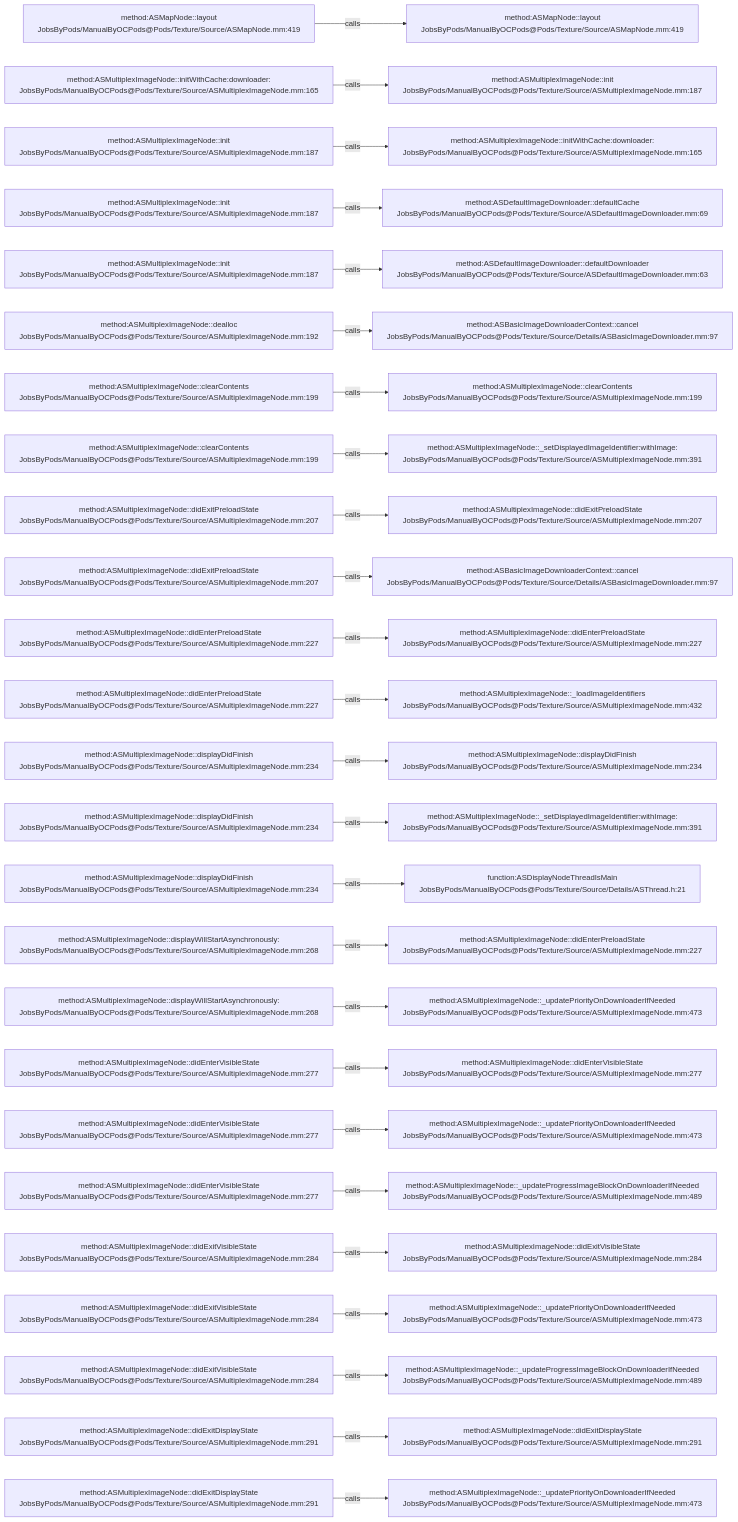
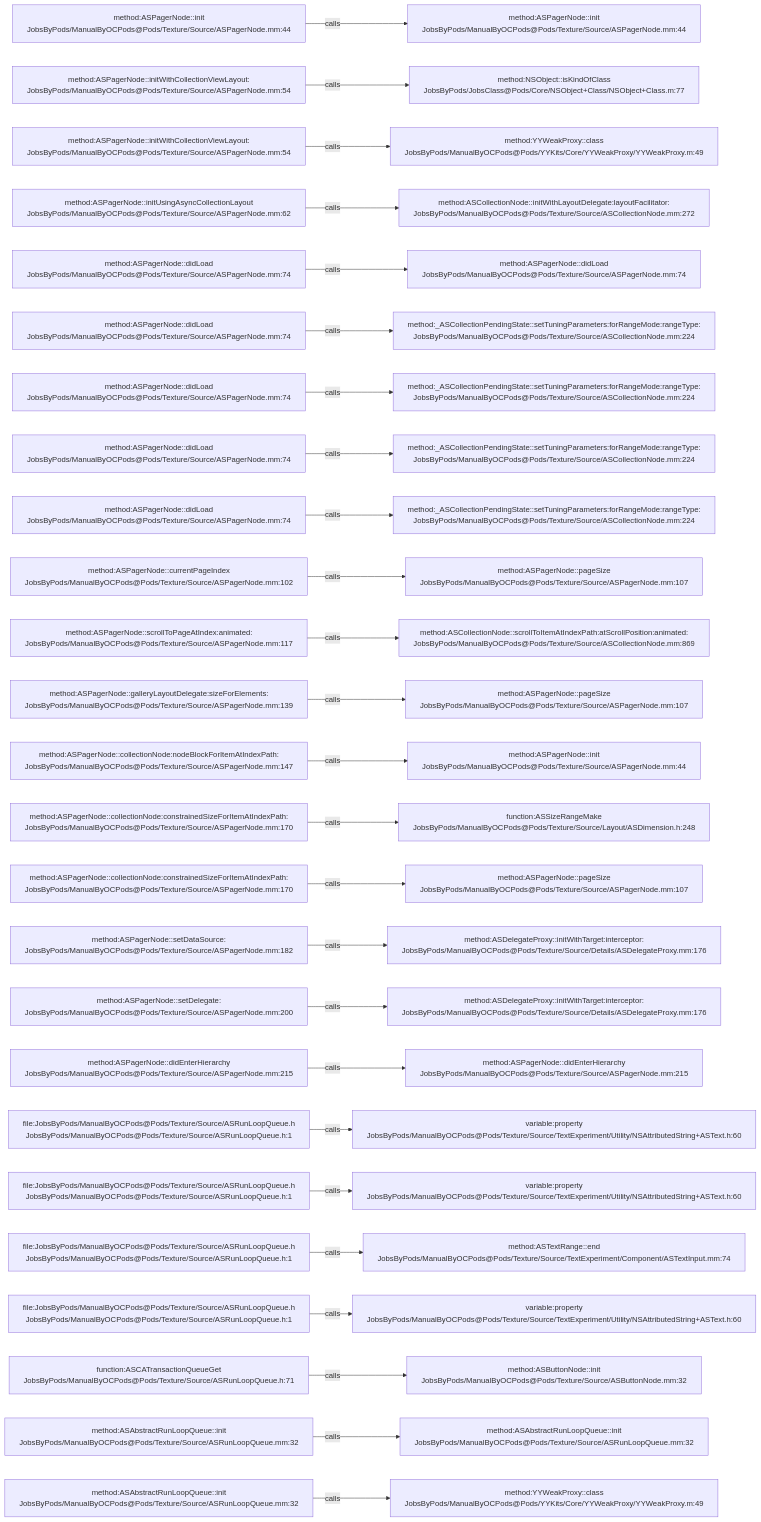
Before and after one commit to JobsKits/JobsOCBaseConfigDemo: the diagram in .codegraph/codegraph.md/graphs/calls-112.md, drawn with Mermaid. The commit also changed 1448 other files, not shown here.

````diff
--- a/.codegraph/codegraph.md/graphs/calls-112.md
+++ b/.codegraph/codegraph.md/graphs/calls-112.md
@@ -13,78 +13,78 @@
 ```mermaid
 flowchart LR
-  S1["method:ASMapNode::layout<br/>JobsByPods/ManualByOCPods@Pods/Texture/Source/ASMapNode.mm:419"]
-  T1["method:ASMapNode::layout<br/>JobsByPods/ManualByOCPods@Pods/Texture/Source/ASMapNode.mm:419"]
+  S1["method:ASPagerNode::init<br/>JobsByPods/ManualByOCPods@Pods/Texture/Source/ASPagerNode.mm:44"]
+  T1["method:ASPagerNode::init<br/>JobsByPods/ManualByOCPods@Pods/Texture/Source/ASPagerNode.mm:44"]
   S1 -->|calls| T1
-  S2["method:ASMultiplexImageNode::initWithCache:downloader:<br/>JobsByPods/ManualByOCPods@Pods/Texture/Source/ASMultiplexImageNode.mm:165"]
-  T2["method:ASMultiplexImageNode::init<br/>JobsByPods/ManualByOCPods@Pods/Texture/Source/ASMultiplexImageNode.mm:187"]
+  S2["method:ASPagerNode::initWithCollectionViewLayout:<br/>JobsByPods/ManualByOCPods@Pods/Texture/Source/ASPagerNode.mm:54"]
+  T2["method:NSObject::isKindOfClass<br/>JobsByPods/JobsClass@Pods/Core/NSObject+Class/NSObject+Class.m:77"]
   S2 -->|calls| T2
-  S3["method:ASMultiplexImageNode::init<br/>JobsByPods/ManualByOCPods@Pods/Texture/Source/ASMultiplexImageNode.mm:187"]
-  T3["method:ASMultiplexImageNode::initWithCache:downloader:<br/>JobsByPods/ManualByOCPods@Pods/Texture/Source/ASMultiplexImageNode.mm:165"]
+  S3["method:ASPagerNode::initWithCollectionViewLayout:<br/>JobsByPods/ManualByOCPods@Pods/Texture/Source/ASPagerNode.mm:54"]
+  T3["method:YYWeakProxy::class<br/>JobsByPods/ManualByOCPods@Pods/YYKits/Core/YYWeakProxy/YYWeakProxy.m:49"]
   S3 -->|calls| T3
-  S4["method:ASMultiplexImageNode::init<br/>JobsByPods/ManualByOCPods@Pods/Texture/Source/ASMultiplexImageNode.mm:187"]
-  T4["method:ASDefaultImageDownloader::defaultCache<br/>JobsByPods/ManualByOCPods@Pods/Texture/Source/ASDefaultImageDownloader.mm:69"]
+  S4["method:ASPagerNode::initUsingAsyncCollectionLayout<br/>JobsByPods/ManualByOCPods@Pods/Texture/Source/ASPagerNode.mm:62"]
+  T4["method:ASCollectionNode::initWithLayoutDelegate:layoutFacilitator:<br/>JobsByPods/ManualByOCPods@Pods/Texture/Source/ASCollectionNode.mm:272"]
   S4 -->|calls| T4
-  S5["method:ASMultiplexImageNode::init<br/>JobsByPods/ManualByOCPods@Pods/Texture/Source/ASMultiplexImageNode.mm:187"]
-  T5["method:ASDefaultImageDownloader::defaultDownloader<br/>JobsByPods/ManualByOCPods@Pods/Texture/Source/ASDefaultImageDownloader.mm:63"]
+  S5["method:ASPagerNode::didLoad<br/>JobsByPods/ManualByOCPods@Pods/Texture/Source/ASPagerNode.mm:74"]
+  T5["method:ASPagerNode::didLoad<br/>JobsByPods/ManualByOCPods@Pods/Texture/Source/ASPagerNode.mm:74"]
   S5 -->|calls| T5
-  S6["method:ASMultiplexImageNode::dealloc<br/>JobsByPods/ManualByOCPods@Pods/Texture/Source/ASMultiplexImageNode.mm:192"]
-  T6["method:ASBasicImageDownloaderContext::cancel<br/>JobsByPods/ManualByOCPods@Pods/Texture/Source/Details/ASBasicImageDownloader.mm:97"]
+  S6["method:ASPagerNode::didLoad<br/>JobsByPods/ManualByOCPods@Pods/Texture/Source/ASPagerNode.mm:74"]
+  T6["method:_ASCollectionPendingState::setTuningParameters:forRangeMode:rangeType:<br/>JobsByPods/ManualByOCPods@Pods/Texture/Source/ASCollectionNode.mm:224"]
   S6 -->|calls| T6
-  S7["method:ASMultiplexImageNode::clearContents<br/>JobsByPods/ManualByOCPods@Pods/Texture/Source/ASMultiplexImageNode.mm:199"]
-  T7["method:ASMultiplexImageNode::clearContents<br/>JobsByPods/ManualByOCPods@Pods/Texture/Source/ASMultiplexImageNode.mm:199"]
+  S7["method:ASPagerNode::didLoad<br/>JobsByPods/ManualByOCPods@Pods/Texture/Source/ASPagerNode.mm:74"]
+  T7["method:_ASCollectionPendingState::setTuningParameters:forRangeMode:rangeType:<br/>JobsByPods/ManualByOCPods@Pods/Texture/Source/ASCollectionNode.mm:224"]
   S7 -->|calls| T7
-  S8["method:ASMultiplexImageNode::clearContents<br/>JobsByPods/ManualByOCPods@Pods/Texture/Source/ASMultiplexImageNode.mm:199"]
-  T8["method:ASMultiplexImageNode::_setDisplayedImageIdentifier:withImage:<br/>JobsByPods/ManualByOCPods@Pods/Texture/Source/ASMultiplexImageNode.mm:391"]
+  S8["method:ASPagerNode::didLoad<br/>JobsByPods/ManualByOCPods@Pods/Texture/Source/ASPagerNode.mm:74"]
+  T8["method:_ASCollectionPendingState::setTuningParameters:forRangeMode:rangeType:<br/>JobsByPods/ManualByOCPods@Pods/Texture/Source/ASCollectionNode.mm:224"]
   S8 -->|calls| T8
-  S9["method:ASMultiplexImageNode::didExitPreloadState<br/>JobsByPods/ManualByOCPods@Pods/Texture/Source/ASMultiplexImageNode.mm:207"]
-  T9["method:ASMultiplexImageNode::didExitPreloadState<br/>JobsByPods/ManualByOCPods@Pods/Texture/Source/ASMultiplexImageNode.mm:207"]
+  S9["method:ASPagerNode::didLoad<br/>JobsByPods/ManualByOCPods@Pods/Texture/Source/ASPagerNode.mm:74"]
+  T9["method:_ASCollectionPendingState::setTuningParameters:forRangeMode:rangeType:<br/>JobsByPods/ManualByOCPods@Pods/Texture/Source/ASCollectionNode.mm:224"]
   S9 -->|calls| T9
-  S10["method:ASMultiplexImageNode::didExitPreloadState<br/>JobsByPods/ManualByOCPods@Pods/Texture/Source/ASMultiplexImageNode.mm:207"]
-  T10["method:ASBasicImageDownloaderContext::cancel<br/>JobsByPods/ManualByOCPods@Pods/Texture/Source/Details/ASBasicImageDownloader.mm:97"]
+  S10["method:ASPagerNode::currentPageIndex<br/>JobsByPods/ManualByOCPods@Pods/Texture/Source/ASPagerNode.mm:102"]
+  T10["method:ASPagerNode::pageSize<br/>JobsByPods/ManualByOCPods@Pods/Texture/Source/ASPagerNode.mm:107"]
   S10 -->|calls| T10
-  S11["method:ASMultiplexImageNode::didEnterPreloadState<br/>JobsByPods/ManualByOCPods@Pods/Texture/Source/ASMultiplexImageNode.mm:227"]
-  T11["method:ASMultiplexImageNode::didEnterPreloadState<br/>JobsByPods/ManualByOCPods@Pods/Texture/Source/ASMultiplexImageNode.mm:227"]
+  S11["method:ASPagerNode::scrollToPageAtIndex:animated:<br/>JobsByPods/ManualByOCPods@Pods/Texture/Source/ASPagerNode.mm:117"]
+  T11["method:ASCollectionNode::scrollToItemAtIndexPath:atScrollPosition:animated:<br/>JobsByPods/ManualByOCPods@Pods/Texture/Source/ASCollectionNode.mm:869"]
   S11 -->|calls| T11
-  S12["method:ASMultiplexImageNode::didEnterPreloadState<br/>JobsByPods/ManualByOCPods@Pods/Texture/Source/ASMultiplexImageNode.mm:227"]
-  T12["method:ASMultiplexImageNode::_loadImageIdentifiers<br/>JobsByPods/ManualByOCPods@Pods/Texture/Source/ASMultiplexImageNode.mm:432"]
+  S12["method:ASPagerNode::galleryLayoutDelegate:sizeForElements:<br/>JobsByPods/ManualByOCPods@Pods/Texture/Source/ASPagerNode.mm:139"]
+  T12["method:ASPagerNode::pageSize<br/>JobsByPods/ManualByOCPods@Pods/Texture/Source/ASPagerNode.mm:107"]
   S12 -->|calls| T12
-  S13["method:ASMultiplexImageNode::displayDidFinish<br/>JobsByPods/ManualByOCPods@Pods/Texture/Source/ASMultiplexImageNode.mm:234"]
-  T13["method:ASMultiplexImageNode::displayDidFinish<br/>JobsByPods/ManualByOCPods@Pods/Texture/Source/ASMultiplexImageNode.mm:234"]
+  S13["method:ASPagerNode::collectionNode:nodeBlockForItemAtIndexPath:<br/>JobsByPods/ManualByOCPods@Pods/Texture/Source/ASPagerNode.mm:147"]
+  T13["method:ASPagerNode::init<br/>JobsByPods/ManualByOCPods@Pods/Texture/Source/ASPagerNode.mm:44"]
   S13 -->|calls| T13
-  S14["method:ASMultiplexImageNode::displayDidFinish<br/>JobsByPods/ManualByOCPods@Pods/Texture/Source/ASMultiplexImageNode.mm:234"]
-  T14["method:ASMultiplexImageNode::_setDisplayedImageIdentifier:withImage:<br/>JobsByPods/ManualByOCPods@Pods/Texture/Source/ASMultiplexImageNode.mm:391"]
+  S14["method:ASPagerNode::collectionNode:constrainedSizeForItemAtIndexPath:<br/>JobsByPods/ManualByOCPods@Pods/Texture/Source/ASPagerNode.mm:170"]
+  T14["function:ASSizeRangeMake<br/>JobsByPods/ManualByOCPods@Pods/Texture/Source/Layout/ASDimension.h:248"]
   S14 -->|calls| T14
-  S15["method:ASMultiplexImageNode::displayDidFinish<br/>JobsByPods/ManualByOCPods@Pods/Texture/Source/ASMultiplexImageNode.mm:234"]
-  T15["function:ASDisplayNodeThreadIsMain<br/>JobsByPods/ManualByOCPods@Pods/Texture/Source/Details/ASThread.h:21"]
+  S15["method:ASPagerNode::collectionNode:constrainedSizeForItemAtIndexPath:<br/>JobsByPods/ManualByOCPods@Pods/Texture/Source/ASPagerNode.mm:170"]
+  T15["method:ASPagerNode::pageSize<br/>JobsByPods/ManualByOCPods@Pods/Texture/Source/ASPagerNode.mm:107"]
   S15 -->|calls| T15
-  S16["method:ASMultiplexImageNode::displayWillStartAsynchronously:<br/>JobsByPods/ManualByOCPods@Pods/Texture/Source/ASMultiplexImageNode.mm:268"]
-  T16["method:ASMultiplexImageNode::didEnterPreloadState<br/>JobsByPods/ManualByOCPods@Pods/Texture/Source/ASMultiplexImageNode.mm:227"]
+  S16["method:ASPagerNode::setDataSource:<br/>JobsByPods/ManualByOCPods@Pods/Texture/Source/ASPagerNode.mm:182"]
+  T16["method:ASDelegateProxy::initWithTarget:interceptor:<br/>JobsByPods/ManualByOCPods@Pods/Texture/Source/Details/ASDelegateProxy.mm:176"]
   S16 -->|calls| T16
-  S17["method:ASMultiplexImageNode::displayWillStartAsynchronously:<br/>JobsByPods/ManualByOCPods@Pods/Texture/Source/ASMultiplexImageNode.mm:268"]
-  T17["method:ASMultiplexImageNode::_updatePriorityOnDownloaderIfNeeded<br/>JobsByPods/ManualByOCPods@Pods/Texture/Source/ASMultiplexImageNode.mm:473"]
+  S17["method:ASPagerNode::setDelegate:<br/>JobsByPods/ManualByOCPods@Pods/Texture/Source/ASPagerNode.mm:200"]
+  T17["method:ASDelegateProxy::initWithTarget:interceptor:<br/>JobsByPods/ManualByOCPods@Pods/Texture/Source/Details/ASDelegateProxy.mm:176"]
   S17 -->|calls| T17
-  S18["method:ASMultiplexImageNode::didEnterVisibleState<br/>JobsByPods/ManualByOCPods@Pods/Texture/Source/ASMultiplexImageNode.mm:277"]
-  T18["method:ASMultiplexImageNode::didEnterVisibleState<br/>JobsByPods/ManualByOCPods@Pods/Texture/Source/ASMultiplexImageNode.mm:277"]
+  S18["method:ASPagerNode::didEnterHierarchy<br/>JobsByPods/ManualByOCPods@Pods/Texture/Source/ASPagerNode.mm:215"]
+  T18["method:ASPagerNode::didEnterHierarchy<br/>JobsByPods/ManualByOCPods@Pods/Texture/Source/ASPagerNode.mm:215"]
   S18 -->|calls| T18
-  S19["method:ASMultiplexImageNode::didEnterVisibleState<br/>JobsByPods/ManualByOCPods@Pods/Texture/Source/ASMultiplexImageNode.mm:277"]
-  T19["method:ASMultiplexImageNode::_updatePriorityOnDownloaderIfNeeded<br/>JobsByPods/ManualByOCPods@Pods/Texture/Source/ASMultiplexImageNode.mm:473"]
+  S19["file:JobsByPods/ManualByOCPods@Pods/Texture/Source/ASRunLoopQueue.h<br/>JobsByPods/ManualByOCPods@Pods/Texture/Source/ASRunLoopQueue.h:1"]
+  T19["variable:property<br/>JobsByPods/ManualByOCPods@Pods/Texture/Source/TextExperiment/Utility/NSAttributedString+ASText.h:60"]
   S19 -->|calls| T19
-  S20["method:ASMultiplexImageNode::didEnterVisibleState<br/>JobsByPods/ManualByOCPods@Pods/Texture/Source/ASMultiplexImageNode.mm:277"]
-  T20["method:ASMultiplexImageNode::_updateProgressImageBlockOnDownloaderIfNeeded<br/>JobsByPods/ManualByOCPods@Pods/Texture/Source/ASMultiplexImageNode.mm:489"]
+  S20["file:JobsByPods/ManualByOCPods@Pods/Texture/Source/ASRunLoopQueue.h<br/>JobsByPods/ManualByOCPods@Pods/Texture/Source/ASRunLoopQueue.h:1"]
+  T20["variable:property<br/>JobsByPods/ManualByOCPods@Pods/Texture/Source/TextExperiment/Utility/NSAttributedString+ASText.h:60"]
   S20 -->|calls| T20
-  S21["method:ASMultiplexImageNode::didExitVisibleState<br/>JobsByPods/ManualByOCPods@Pods/Texture/Source/ASMultiplexImageNode.mm:284"]
-  T21["method:ASMultiplexImageNode::didExitVisibleState<br/>JobsByPods/ManualByOCPods@Pods/Texture/Source/ASMultiplexImageNode.mm:284"]
+  S21["file:JobsByPods/ManualByOCPods@Pods/Texture/Source/ASRunLoopQueue.h<br/>JobsByPods/ManualByOCPods@Pods/Texture/Source/ASRunLoopQueue.h:1"]
+  T21["method:ASTextRange::end<br/>JobsByPods/ManualByOCPods@Pods/Texture/Source/TextExperiment/Component/ASTextInput.mm:74"]
   S21 -->|calls| T21
-  S22["method:ASMultiplexImageNode::didExitVisibleState<br/>JobsByPods/ManualByOCPods@Pods/Texture/Source/ASMultiplexImageNode.mm:284"]
-  T22["method:ASMultiplexImageNode::_updatePriorityOnDownloaderIfNeeded<br/>JobsByPods/ManualByOCPods@Pods/Texture/Source/ASMultiplexImageNode.mm:473"]
+  S22["file:JobsByPods/ManualByOCPods@Pods/Texture/Source/ASRunLoopQueue.h<br/>JobsByPods/ManualByOCPods@Pods/Texture/Source/ASRunLoopQueue.h:1"]
+  T22["variable:property<br/>JobsByPods/ManualByOCPods@Pods/Texture/Source/TextExperiment/Utility/NSAttributedString+ASText.h:60"]
   S22 -->|calls| T22
-  S23["method:ASMultiplexImageNode::didExitVisibleState<br/>JobsByPods/ManualByOCPods@Pods/Texture/Source/ASMultiplexImageNode.mm:284"]
-  T23["method:ASMultiplexImageNode::_updateProgressImageBlockOnDownloaderIfNeeded<br/>JobsByPods/ManualByOCPods@Pods/Texture/Source/ASMultiplexImageNode.mm:489"]
+  S23["function:ASCATransactionQueueGet<br/>JobsByPods/ManualByOCPods@Pods/Texture/Source/ASRunLoopQueue.h:71"]
+  T23["method:ASButtonNode::init<br/>JobsByPods/ManualByOCPods@Pods/Texture/Source/ASButtonNode.mm:32"]
   S23 -->|calls| T23
-  S24["method:ASMultiplexImageNode::didExitDisplayState<br/>JobsByPods/ManualByOCPods@Pods/Texture/Source/ASMultiplexImageNode.mm:291"]
-  T24["method:ASMultiplexImageNode::didExitDisplayState<br/>JobsByPods/ManualByOCPods@Pods/Texture/Source/ASMultiplexImageNode.mm:291"]
+  S24["method:ASAbstractRunLoopQueue::init<br/>JobsByPods/ManualByOCPods@Pods/Texture/Source/ASRunLoopQueue.mm:32"]
+  T24["method:ASAbstractRunLoopQueue::init<br/>JobsByPods/ManualByOCPods@Pods/Texture/Source/ASRunLoopQueue.mm:32"]
   S24 -->|calls| T24
-  S25["method:ASMultiplexImageNode::didExitDisplayState<br/>JobsByPods/ManualByOCPods@Pods/Texture/Source/ASMultiplexImageNode.mm:291"]
-  T25["method:ASMultiplexImageNode::_updatePriorityOnDownloaderIfNeeded<br/>JobsByPods/ManualByOCPods@Pods/Texture/Source/ASMultiplexImageNode.mm:473"]
+  S25["method:ASAbstractRunLoopQueue::init<br/>JobsByPods/ManualByOCPods@Pods/Texture/Source/ASRunLoopQueue.mm:32"]
+  T25["method:YYWeakProxy::class<br/>JobsByPods/ManualByOCPods@Pods/YYKits/Core/YYWeakProxy/YYWeakProxy.m:49"]
   S25 -->|calls| T25
 ```
````
